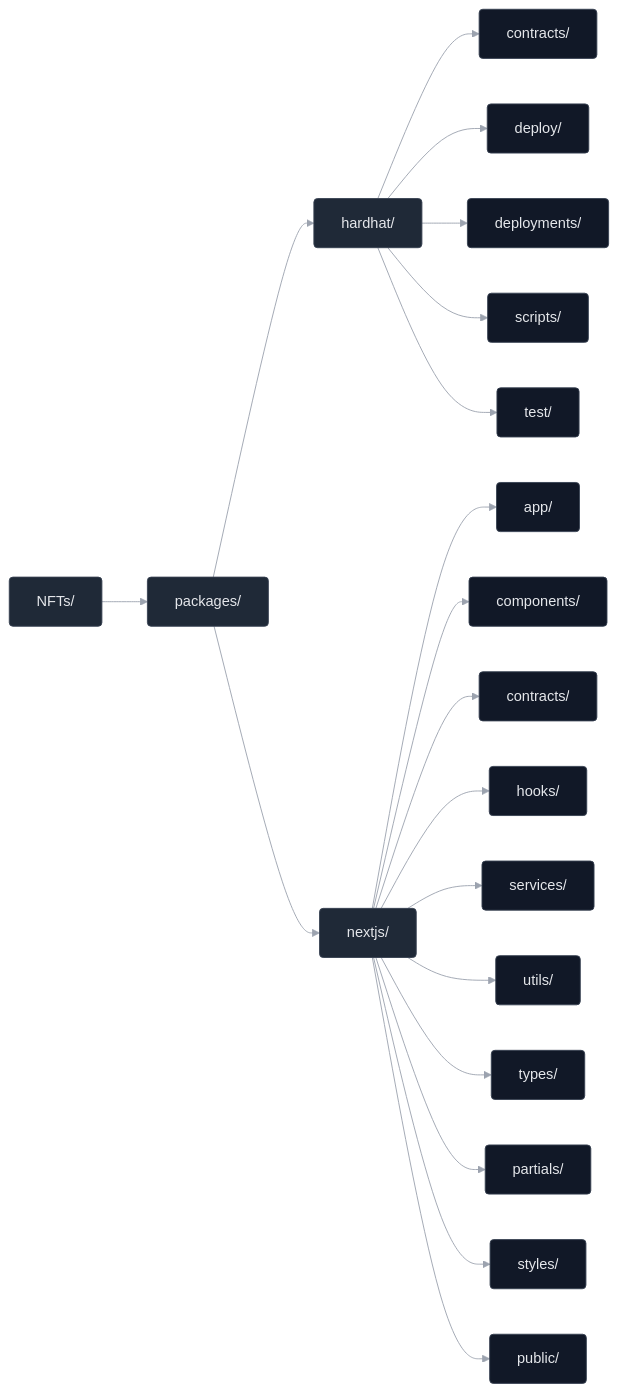
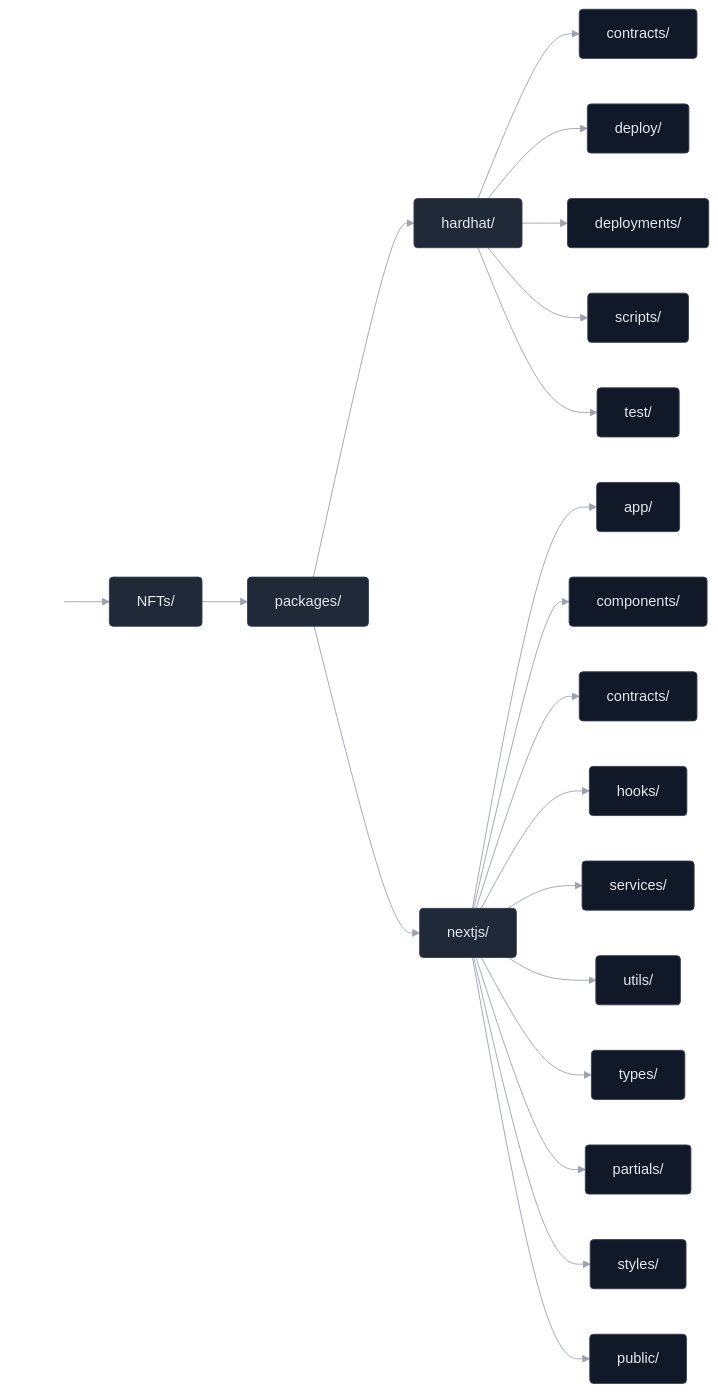
Before and after one commit to intuition-box/Meow: the diagram in README.md, drawn with Mermaid.

Commit message:
docs: add hidden class style to project flowchart in README

````diff
--- a/README.md
+++ b/README.md
@@ -160,44 +160,46 @@
 ```mermaid
 %%{init: {
   "theme": "base",
   "themeVariables": {
     "primaryColor": "#1f2937",
     "primaryTextColor": "#e5e7eb",
     "primaryBorderColor": "#374151",
     "lineColor": "#9ca3af",
     "tertiaryColor": "#111827",
     "fontFamily": "Inter, ui-sans-serif, system-ui, -apple-system, Segoe UI, Roboto"
   }
 }}%%
 flowchart LR
   classDef dir fill:#1f2937,stroke:#374151,color:#e5e7eb,rx:4,ry:4;
   classDef leaf fill:#111827,stroke:#374151,color:#e5e7eb,rx:4,ry:4;
+  classDef hidden fill:none,stroke-width:0,opacity:0;
 
   NFTs["NFTs/"]:::dir
   PKG["packages/"]:::dir
   HARDHAT["hardhat/"]:::dir
   NEXTJS["nextjs/"]:::dir
 
+  A0[ ]:::hidden --> NFTs
   NFTs --> PKG
   PKG --> HARDHAT
   PKG --> NEXTJS
 
   %% Hardhat subfolders
   HARDHAT --> HH_C["contracts/"]:::leaf
   HARDHAT --> HH_D["deploy/"]:::leaf
   HARDHAT --> HH_DEP["deployments/"]:::leaf
   HARDHAT --> HH_S["scripts/"]:::leaf
   HARDHAT --> HH_T["test/"]:::leaf
 
   %% Next.js subfolders
   NEXTJS --> NX_APP["app/"]:::leaf
   NEXTJS --> NX_CMP["components/"]:::leaf
   NEXTJS --> NX_CON["contracts/"]:::leaf
   NEXTJS --> NX_HK["hooks/"]:::leaf
   NEXTJS --> NX_SRV["services/"]:::leaf
   NEXTJS --> NX_UTIL["utils/"]:::leaf
   NEXTJS --> NX_TYPES["types/"]:::leaf
   NEXTJS --> NX_PART["partials/"]:::leaf
   NEXTJS --> NX_STY["styles/"]:::leaf
   NEXTJS --> NX_PUB["public/"]:::leaf
 ```
````
